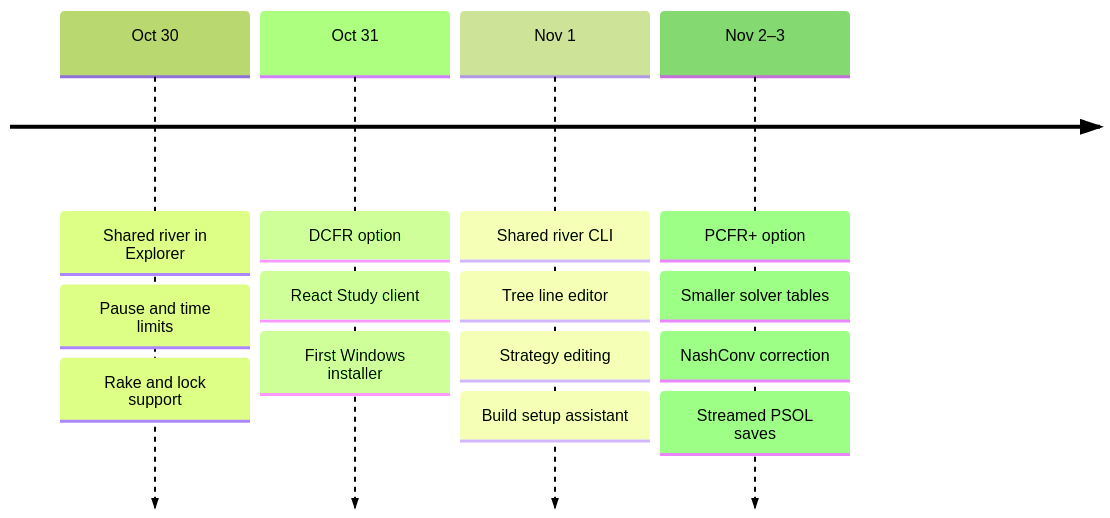
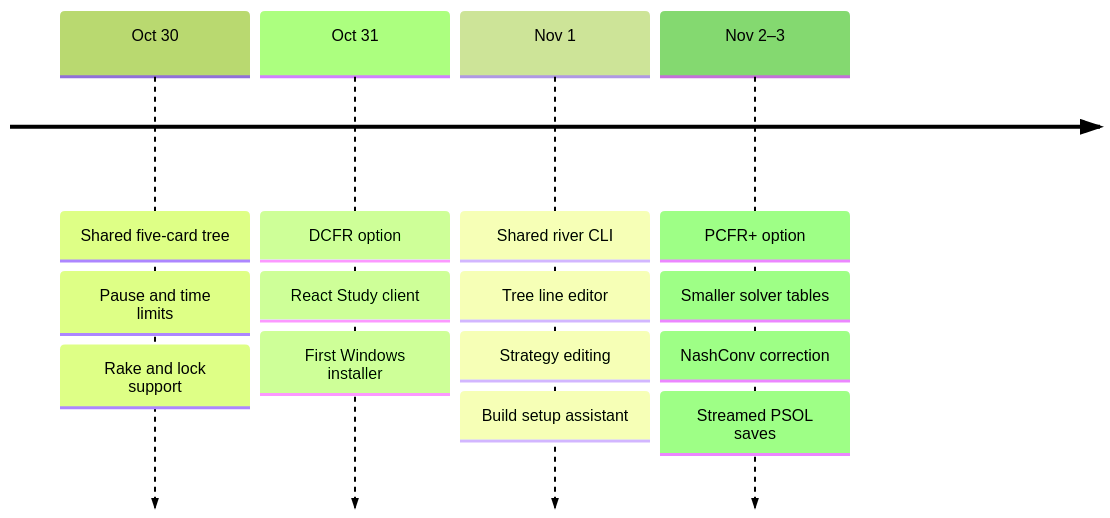
One commit to matt-azar/poker-solver changed the second of 5 diagrams in docs/auxiliary/notes/PROJECT_HISTORY.md. Above: the diagram before and after it, drawn with Mermaid (forest theme). The commit also changed other lines of this file and 34 other files, not shown here.

````diff
--- a/docs/auxiliary/notes/PROJECT_HISTORY.md
+++ b/docs/auxiliary/notes/PROJECT_HISTORY.md
@@ -19,7 +19,7 @@
 ```mermaid
 timeline
-    Oct 30 : Shared river in Explorer : Pause and time limits : Rake and lock support
+    Oct 30 : Shared five-card tree : Pause and time limits : Rake and lock support
     Oct 31 : DCFR option : React Study client : First Windows installer
     Nov 1 : Shared river CLI : Tree line editor : Strategy editing : Build setup assistant
     Nov 2–3 : PCFR+ option : Smaller solver tables : NashConv correction : Streamed PSOL saves
 ```
````
